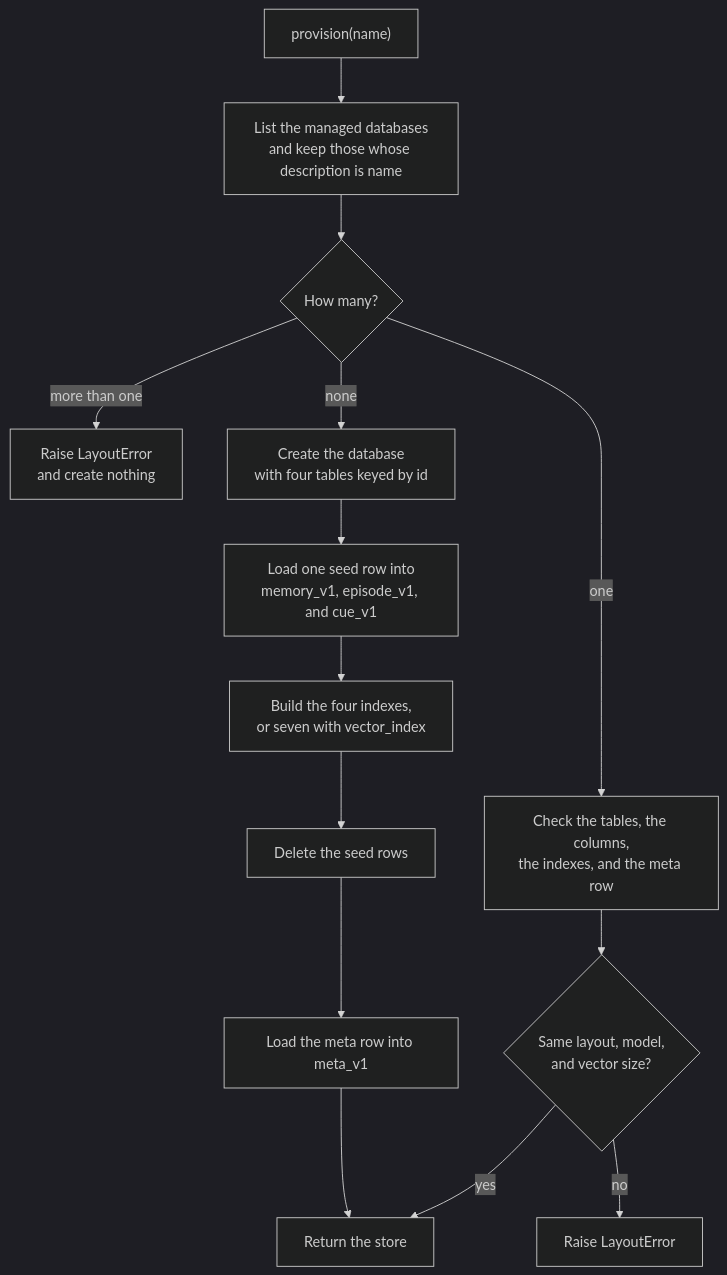
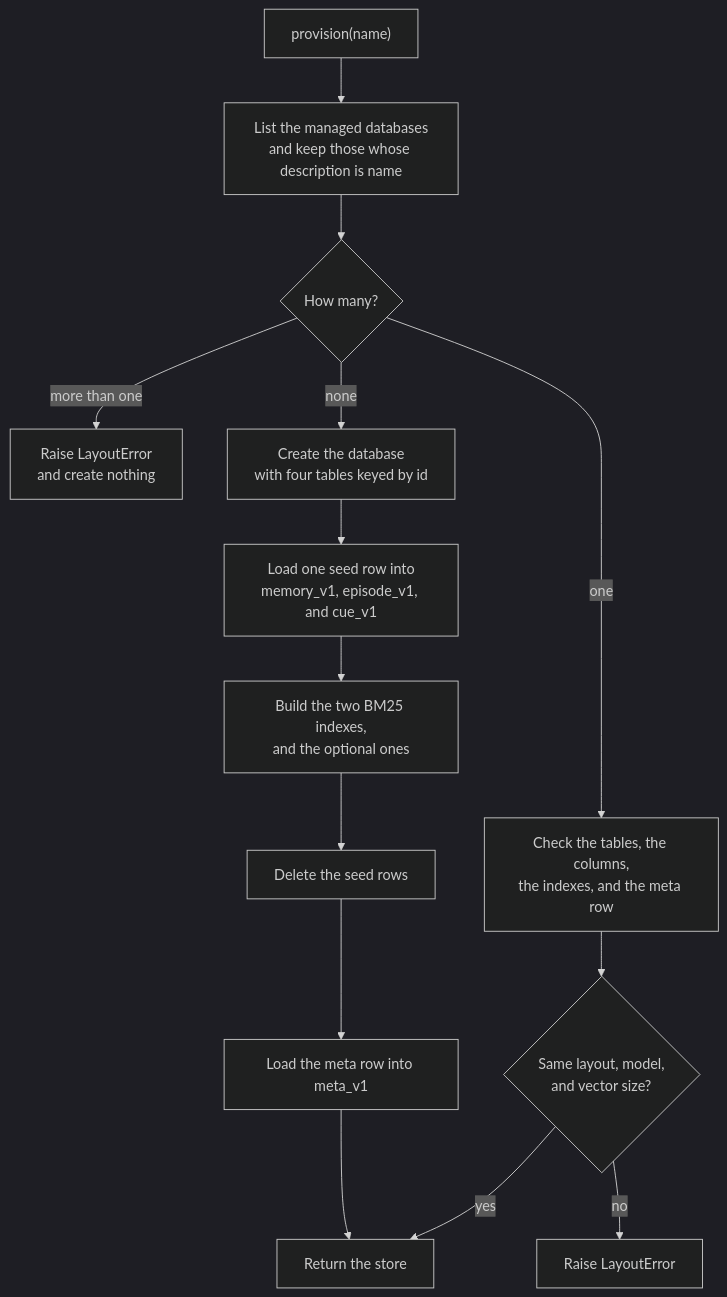
Before and after one commit to hotdata-dev/hotmemory: the third of 12 diagrams in docs/internal/architecture.md, drawn with Mermaid (dark theme). The commit also changed other lines of this file and 6 other files, not shown here.

````diff
--- a/docs/internal/architecture.md
+++ b/docs/internal/architecture.md
@@ -155,16 +155,16 @@
 ```mermaid
 flowchart TD
     start["provision(name)"] --> list["List the managed databases<br/>and keep those whose description is name"]
     list --> count{"How many?"}
     count -- "more than one" --> dup["Raise LayoutError<br/>and create nothing"]
     count -- "one" --> check["Check the tables, the columns,<br/>the indexes, and the meta row"]
     check --> same{"Same layout, model,<br/>and vector size?"}
     same -- "yes" --> open["Return the store"]
     same -- "no" --> bad["Raise LayoutError"]
     count -- "none" --> create["Create the database<br/>with four tables keyed by id"]
     create --> seed["Load one seed row into<br/>memory_v1, episode_v1, and cue_v1"]
-    seed --> index["Build the four indexes,<br/>or seven with vector_index"]
+    seed --> index["Build the two BM25 indexes,<br/>and the optional ones"]
     index --> unseed["Delete the seed rows"]
     unseed --> meta["Load the meta row into meta_v1"]
     meta --> open
 ```
````
